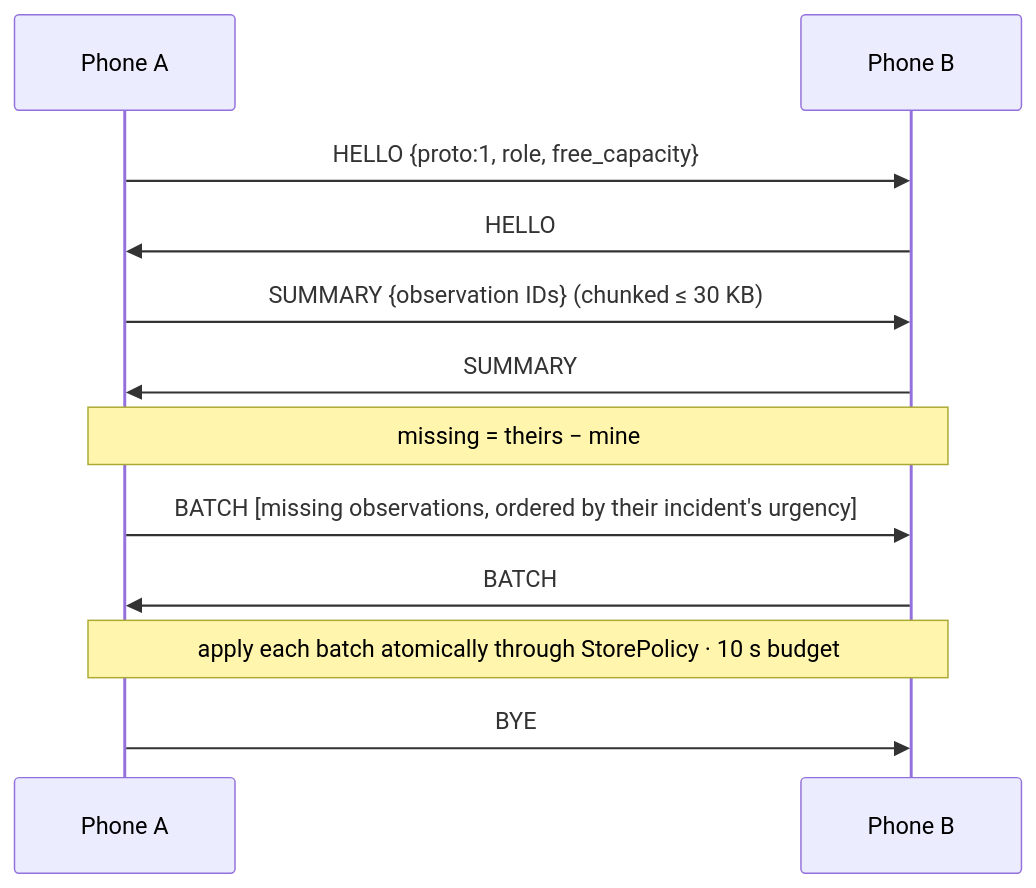
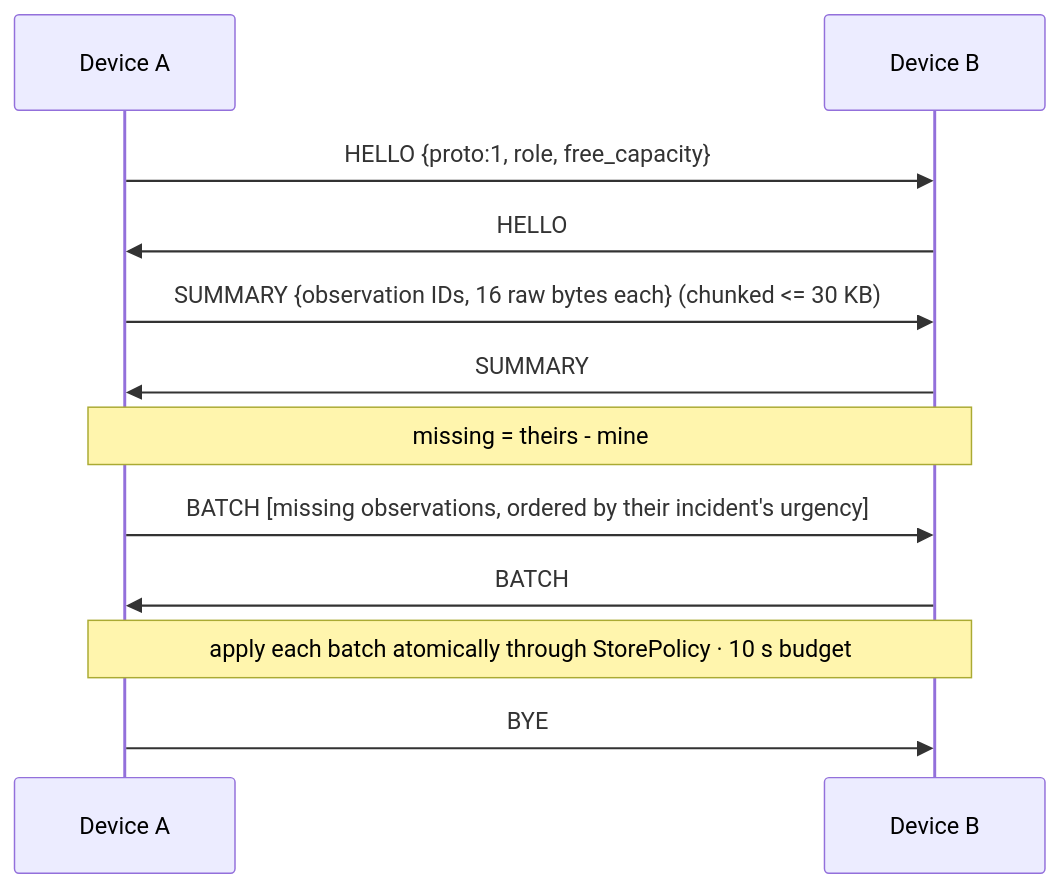
The second of 2 diagrams in docs/ARCHITECTURE.md (Muj-csv/PASAbi), drawn with Mermaid before and after one commit. The commit also changed other lines of this file and 11 other files, not shown here.

````diff
--- a/docs/ARCHITECTURE.md
+++ b/docs/ARCHITECTURE.md
@@ -54,14 +56,14 @@
 ```mermaid
 sequenceDiagram
-  participant A as Phone A
-  participant B as Phone B
+  participant A as Device A
+  participant B as Device B
   A->>B: HELLO {proto:1, role, free_capacity}
   B->>A: HELLO
-  A->>B: SUMMARY {observation IDs} (chunked ≤ 30 KB)
+  A->>B: SUMMARY {observation IDs, 16 raw bytes each} (chunked <= 30 KB)
   B->>A: SUMMARY
-  Note over A,B: missing = theirs − mine
+  Note over A,B: missing = theirs - mine
   A->>B: BATCH [missing observations, ordered by their incident's urgency]
   B->>A: BATCH
   Note over A,B: apply each batch atomically through StorePolicy · 10 s budget
   A->>B: BYE
 ```
````
